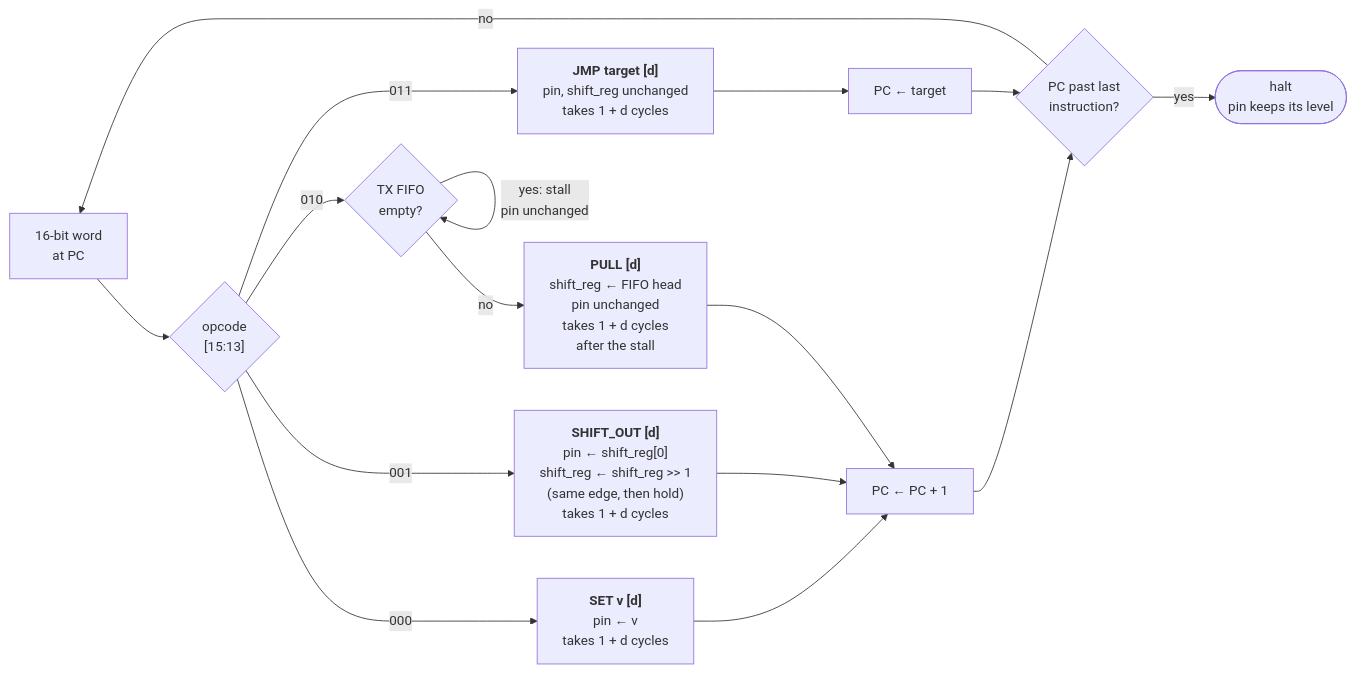
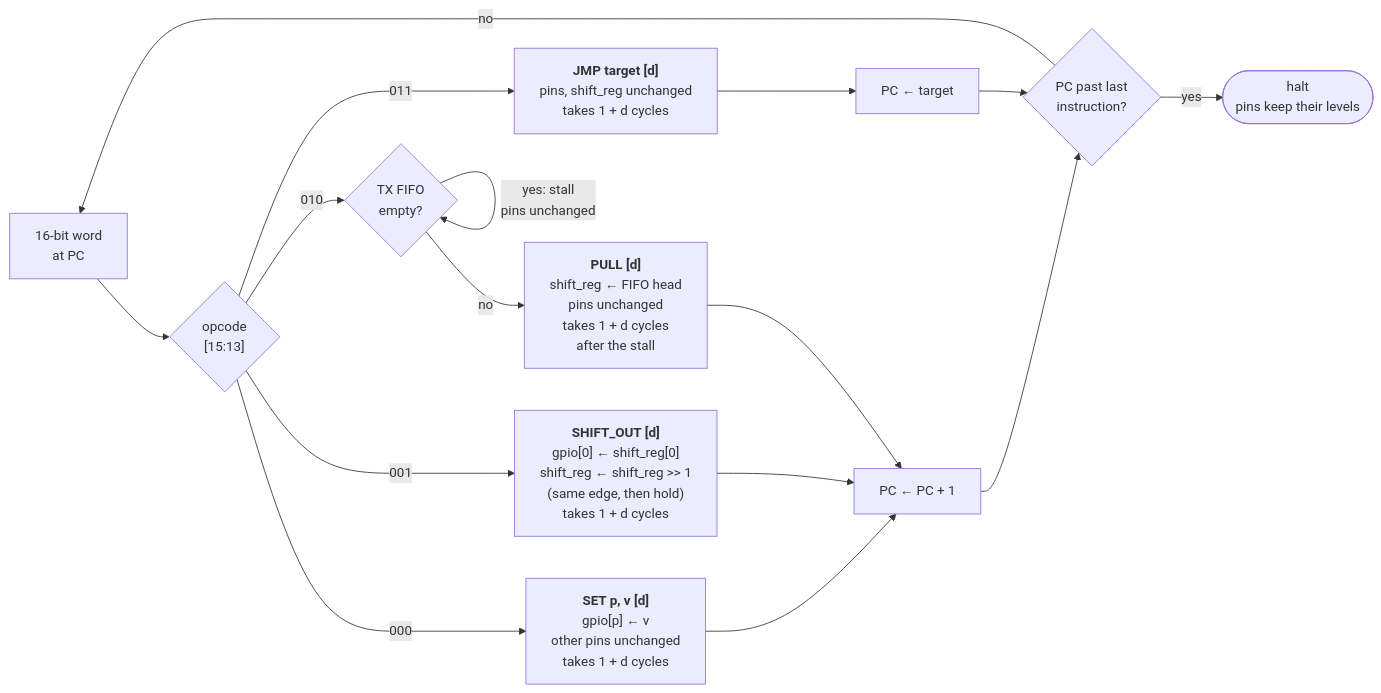
One commit to cshieldsce/smallcore changed the diagram in docs/isa_execute.mmd. Above: the diagram before and after it, drawn with Mermaid. The commit also changed 12 other files, not shown here.

Commit message:
update diagrams for gpio pins

```diff
--- a/docs/isa_execute.mmd
+++ b/docs/isa_execute.mmd
@@ -1,16 +1,16 @@
 flowchart LR
   W["16-bit word<br/>at PC"] --> OP{"opcode<br/>[15:13]"}
-  OP -->|000| SET["<b>SET v [d]</b><br/>pin ← v<br/>takes 1 + d cycles"]
-  OP -->|001| SHIFT["<b>SHIFT_OUT [d]</b><br/>pin ← shift_reg[0]<br/>shift_reg ← shift_reg >> 1<br/>(same edge, then hold)<br/>takes 1 + d cycles"]
+  OP -->|000| SET["<b>SET p, v [d]</b><br/>gpio[p] ← v<br/>other pins unchanged<br/>takes 1 + d cycles"]
+  OP -->|001| SHIFT["<b>SHIFT_OUT [d]</b><br/>gpio[0] ← shift_reg[0]<br/>shift_reg ← shift_reg >> 1<br/>(same edge, then hold)<br/>takes 1 + d cycles"]
   OP -->|010| EMPTY{"TX FIFO<br/>empty?"}
-  EMPTY -->|"yes: stall<br/>pin unchanged"| EMPTY
-  EMPTY -->|no| PULL["<b>PULL [d]</b><br/>shift_reg ← FIFO head<br/>pin unchanged<br/>takes 1 + d cycles<br/>after the stall"]
-  OP -->|011| JMP["<b>JMP target [d]</b><br/>pin, shift_reg unchanged<br/>takes 1 + d cycles"]
+  EMPTY -->|"yes: stall<br/>pins unchanged"| EMPTY
+  EMPTY -->|no| PULL["<b>PULL [d]</b><br/>shift_reg ← FIFO head<br/>pins unchanged<br/>takes 1 + d cycles<br/>after the stall"]
+  OP -->|011| JMP["<b>JMP target [d]</b><br/>pins, shift_reg unchanged<br/>takes 1 + d cycles"]
   SET --> NEXT["PC ← PC + 1"]
   SHIFT --> NEXT
   PULL --> NEXT
   JMP --> JNEXT["PC ← target"]
   NEXT --> END{"PC past last<br/>instruction?"}
   JNEXT --> END
   END -->|no| W
-  END -->|yes| HALT(["halt<br/>pin keeps its level"])
+  END -->|yes| HALT(["halt<br/>pins keep their levels"])
```
